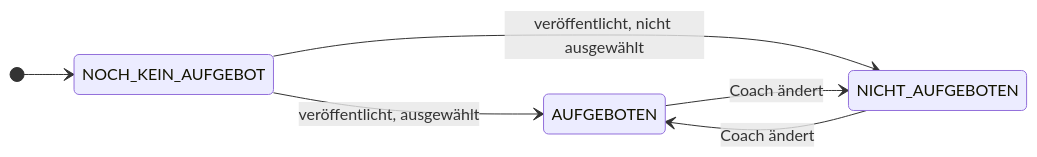
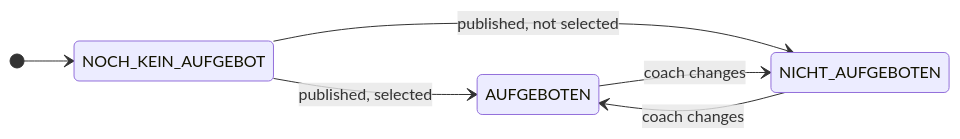
The fifth of 13 diagrams in docs/states.md (cyrilleulmi/StvBeroPlatform), drawn with Mermaid before and after one commit. The commit also changed other lines of this file and 19 other files, not shown here.

````diff
--- a/docs/states.md
+++ b/docs/states.md
@@ -121,9 +123,9 @@
 ```mermaid
 stateDiagram-v2
     direction LR
     [*] --> NOCH_KEIN_AUFGEBOT
-    NOCH_KEIN_AUFGEBOT --> AUFGEBOTEN: veröffentlicht, ausgewählt
-    NOCH_KEIN_AUFGEBOT --> NICHT_AUFGEBOTEN: veröffentlicht, nicht ausgewählt
-    AUFGEBOTEN --> NICHT_AUFGEBOTEN: Coach ändert
-    NICHT_AUFGEBOTEN --> AUFGEBOTEN: Coach ändert
+    NOCH_KEIN_AUFGEBOT --> AUFGEBOTEN: published, selected
+    NOCH_KEIN_AUFGEBOT --> NICHT_AUFGEBOTEN: published, not selected
+    AUFGEBOTEN --> NICHT_AUFGEBOTEN: coach changes
+    NICHT_AUFGEBOTEN --> AUFGEBOTEN: coach changes
 ```
````
